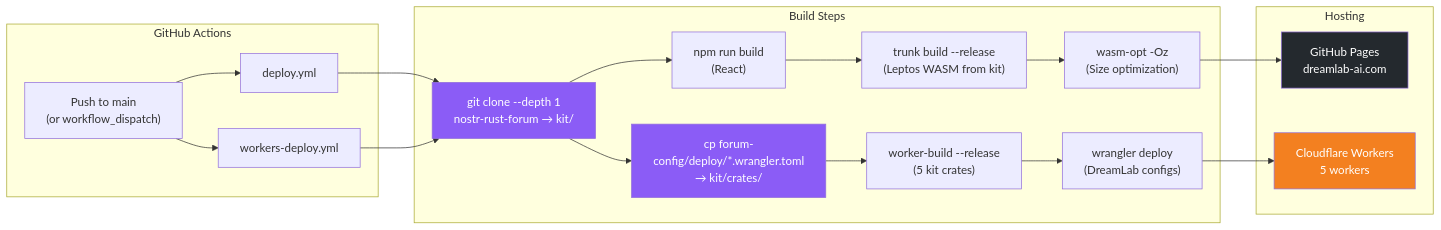
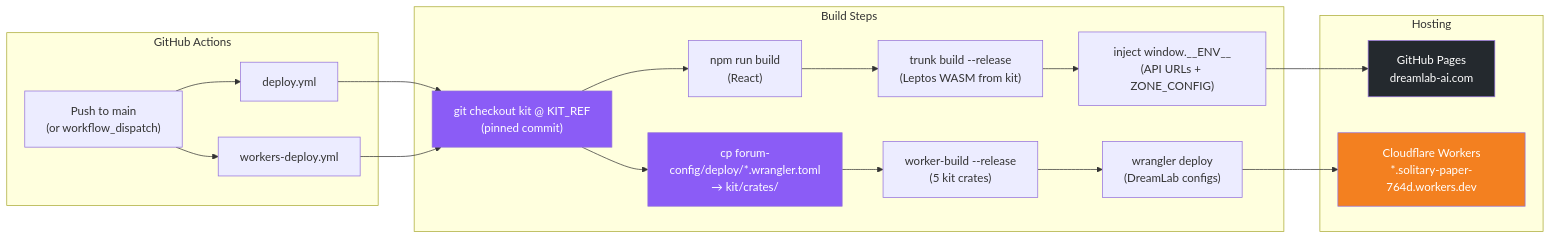
Before and after one commit to DreamLab-AI/dreamlab-ai-website: the fourth of 4 diagrams in README.md, drawn with Mermaid. The commit also changed other lines of this file and 5 other files, not shown here.

````diff
--- a/README.md
+++ b/README.md
@@ -211,34 +287,34 @@
 ```mermaid
 graph LR
     subgraph "GitHub Actions"
         PUSH["Push to main<br/>(or workflow_dispatch)"]
         DEPLOY_YML["deploy.yml"]
         WORKERS_YML["workers-deploy.yml"]
     end
 
     subgraph "Build Steps"
-        CLONE["git clone --depth 1<br/>nostr-rust-forum → kit/"]
+        CLONE["git checkout kit @ KIT_REF<br/>(pinned commit)"]
         OVERLAY["cp forum-config/deploy/*.wrangler.toml<br/>→ kit/crates/"]
         NPM["npm run build<br/>(React)"]
         TRUNK["trunk build --release<br/>(Leptos WASM from kit)"]
-        WASM_OPT["wasm-opt -Oz<br/>(Size optimization)"]
+        ENV["inject window.__ENV__<br/>(API URLs + ZONE_CONFIG)"]
         WORKER_BUILD["worker-build --release<br/>(5 kit crates)"]
         WRANGLER["wrangler deploy<br/>(DreamLab configs)"]
     end
 
     subgraph "Hosting"
         GH_PAGES["GitHub Pages<br/>dreamlab-ai.com"]
-        CF_WORKERS["Cloudflare Workers<br/>5 workers"]
+        CF_WORKERS["Cloudflare Workers<br/>*.solitary-paper-764d.workers.dev"]
     end
 
     PUSH --> DEPLOY_YML
     PUSH --> WORKERS_YML
-    DEPLOY_YML --> CLONE --> NPM --> TRUNK --> WASM_OPT --> GH_PAGES
+    DEPLOY_YML --> CLONE --> NPM --> TRUNK --> ENV --> GH_PAGES
     WORKERS_YML --> CLONE
     CLONE --> OVERLAY --> WORKER_BUILD --> WRANGLER --> CF_WORKERS
 
     style GH_PAGES fill:#24292e,color:#fff
     style CF_WORKERS fill:#F38020,color:#fff
     style CLONE fill:#8B5CF6,color:#fff
     style OVERLAY fill:#8B5CF6,color:#fff
 ```
````
